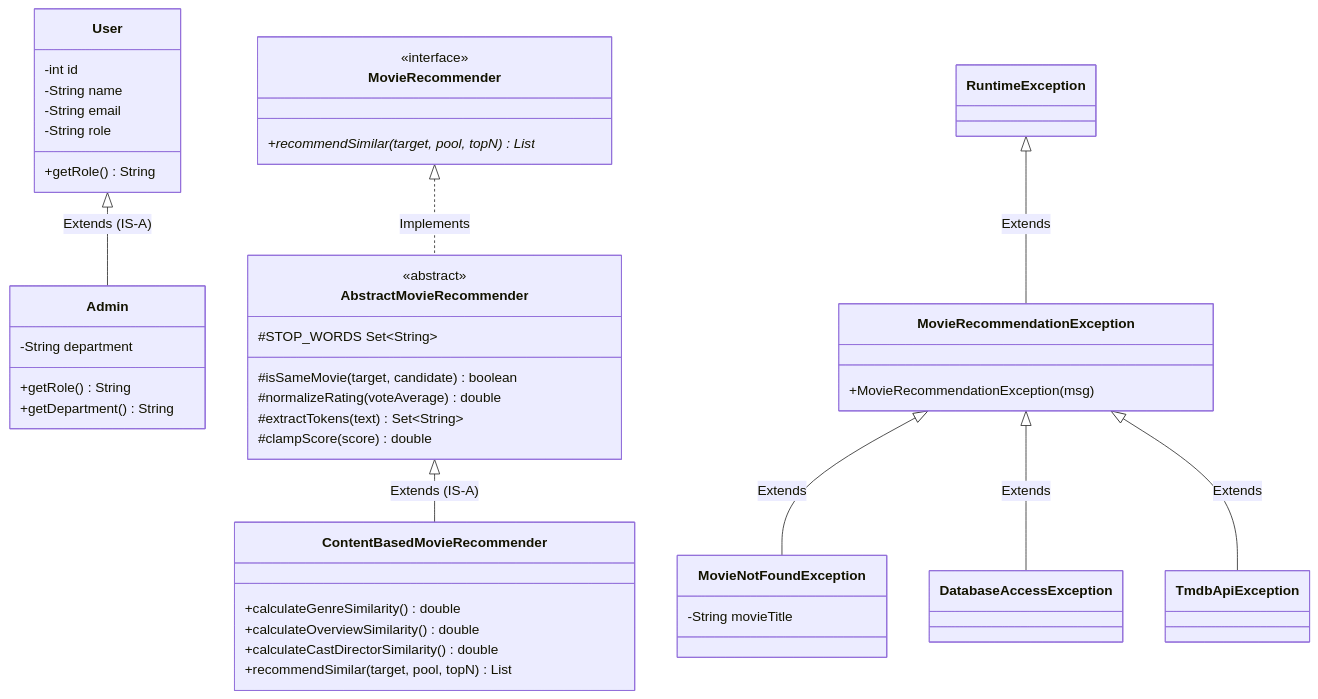
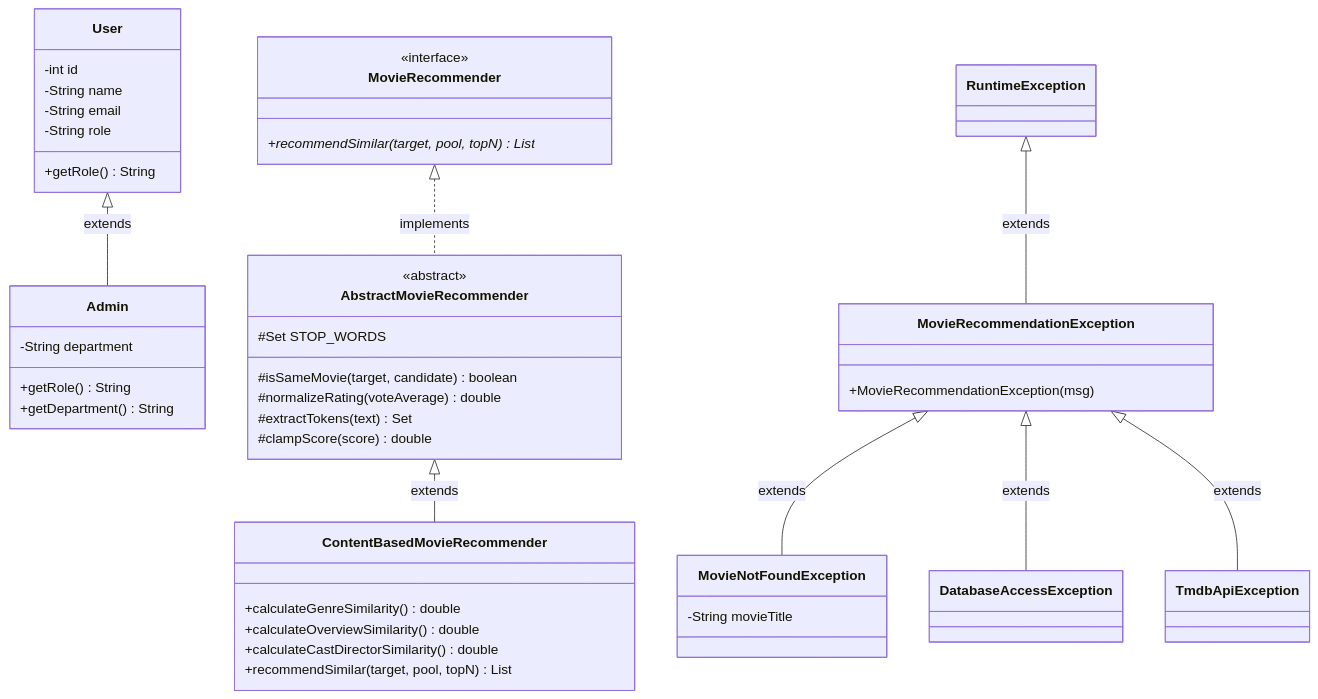
Before and after one commit to Trishn112/java-project: the fourth of 4 diagrams in README.md, drawn with Mermaid. The commit also changed other lines of this file, not shown here.

Commit message:
fix(docs): resolve Mermaid syntax parse error in architecture and class diagrams

````diff
--- a/README.md
+++ b/README.md
@@ -340,55 +340,55 @@
 ```mermaid
 classDiagram
     %% Domain Entities Inheritance
     class User {
         -int id
         -String name
         -String email
         -String role
         +getRole() String
     }
     class Admin {
         -String department
         +getRole() String
         +getDepartment() String
     }
-    User <|-- Admin : Extends (IS-A)
+    User <|-- Admin : extends
 
     %% Algorithmic Engine Inheritance
     class MovieRecommender {
         <<interface>>
         +recommendSimilar(target, pool, topN)* List
     }
     class AbstractMovieRecommender {
         <<abstract>>
-        #STOP_WORDS Set~String~
+        #Set STOP_WORDS
         #isSameMovie(target, candidate) boolean
         #normalizeRating(voteAverage) double
-        #extractTokens(text) Set~String~
+        #extractTokens(text) Set
         #clampScore(score) double
     }
     class ContentBasedMovieRecommender {
         +calculateGenreSimilarity() double
         +calculateOverviewSimilarity() double
         +calculateCastDirectorSimilarity() double
         +recommendSimilar(target, pool, topN) List
     }
-    MovieRecommender <|.. AbstractMovieRecommender : Implements
-    AbstractMovieRecommender <|-- ContentBasedMovieRecommender : Extends (IS-A)
+    MovieRecommender <|.. AbstractMovieRecommender : implements
+    AbstractMovieRecommender <|-- ContentBasedMovieRecommender : extends
 
     %% Exception Hierarchy
     class RuntimeException
     class MovieRecommendationException {
         +MovieRecommendationException(msg)
     }
     class MovieNotFoundException {
         -String movieTitle
     }
     class DatabaseAccessException
     class TmdbApiException
 
-    RuntimeException <|-- MovieRecommendationException : Extends
-    MovieRecommendationException <|-- MovieNotFoundException : Extends
-    MovieRecommendationException <|-- DatabaseAccessException : Extends
-    MovieRecommendationException <|-- TmdbApiException : Extends
+    RuntimeException <|-- MovieRecommendationException : extends
+    MovieRecommendationException <|-- MovieNotFoundException : extends
+    MovieRecommendationException <|-- DatabaseAccessException : extends
+    MovieRecommendationException <|-- TmdbApiException : extends
 ```
````
